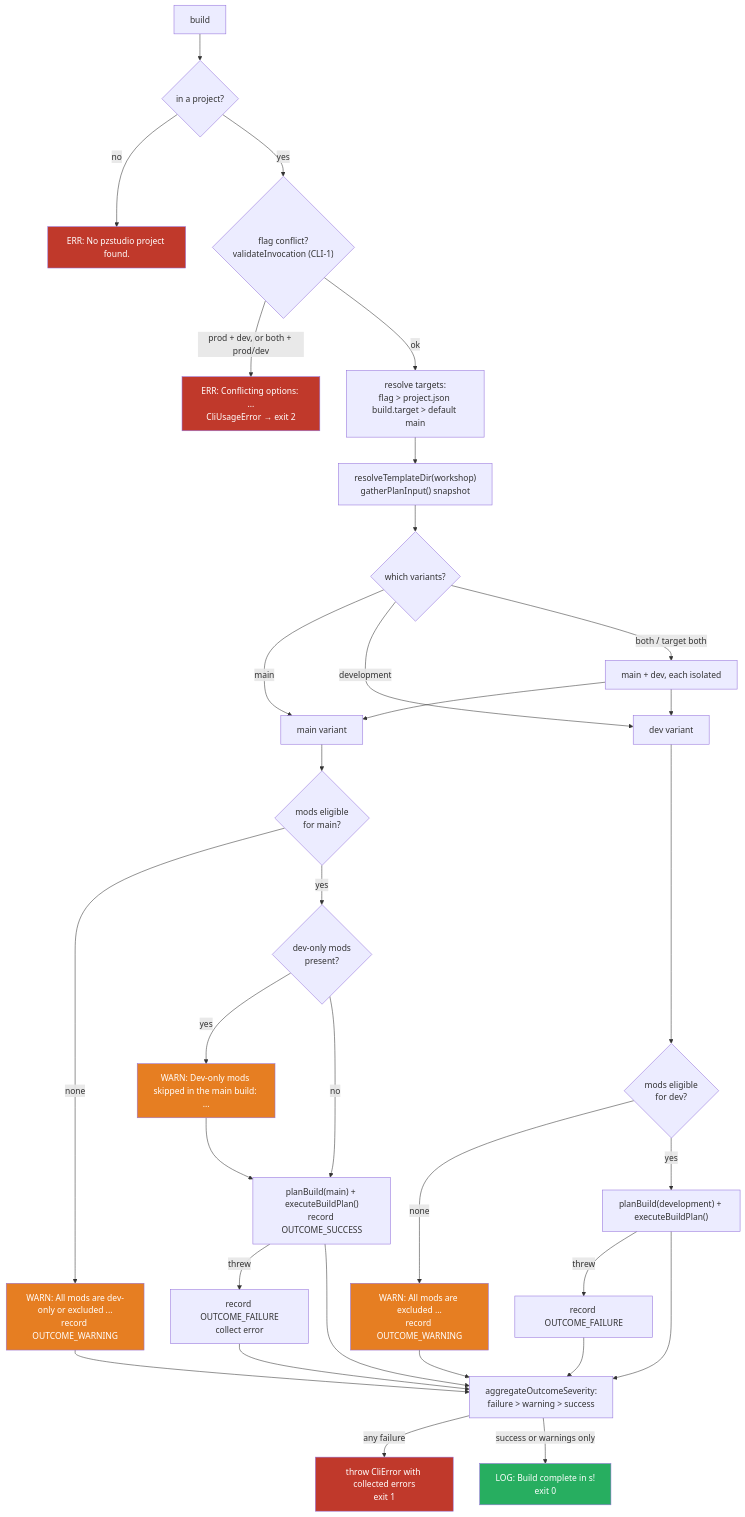
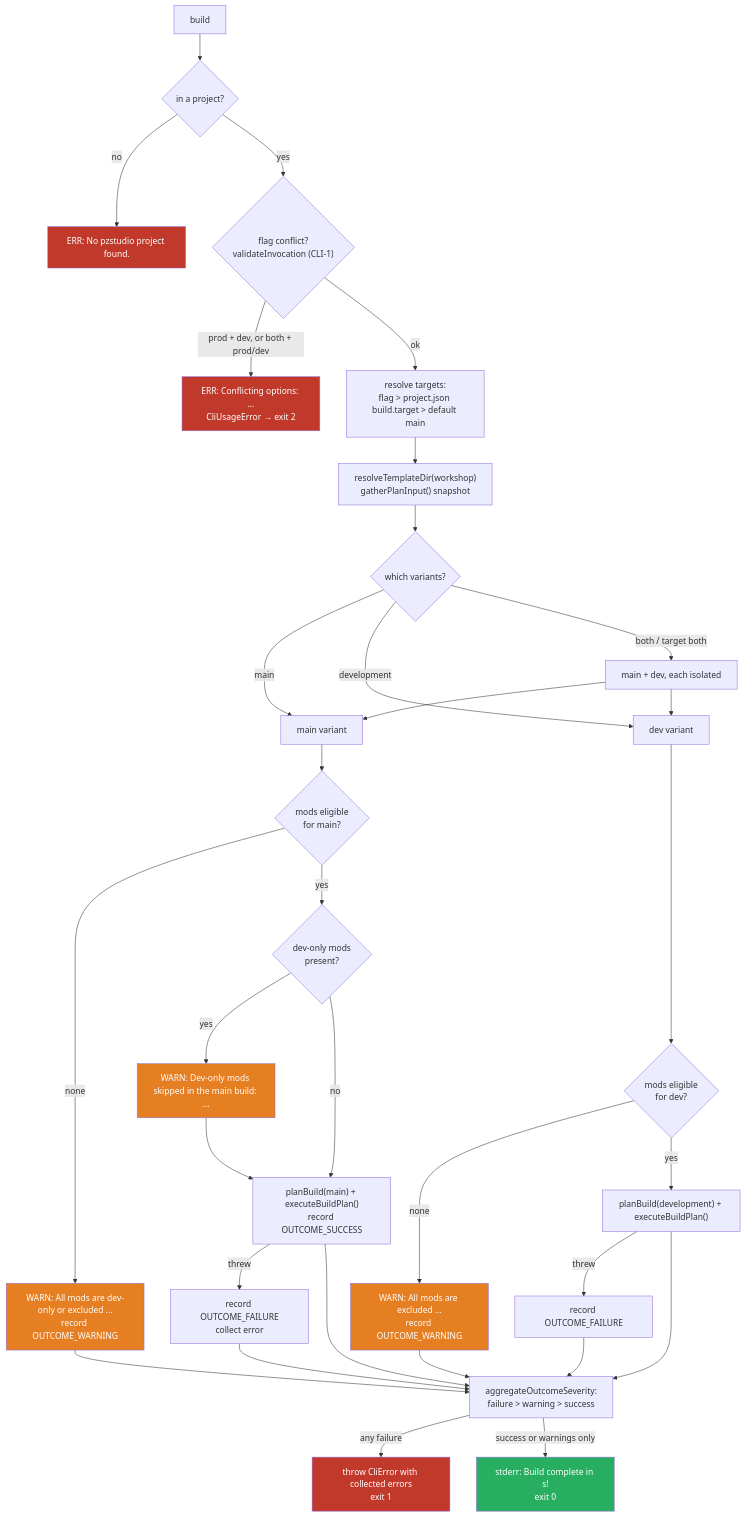
One commit to escapepz/pzstudio changed the third of 16 diagrams in docs/cli/04-commands.md. Above: the diagram before and after it, drawn with Mermaid. The commit also changed other lines of this file and 22 other files, not shown here.

````diff
--- a/docs/cli/04-commands.md
+++ b/docs/cli/04-commands.md
@@ -130,47 +138,47 @@
 ```mermaid
 flowchart TD
     A["build"] --> B{"in a project?"}
     B -- no --> ERR1["ERR: No pzstudio project found."]
     B -- yes --> C{"flag conflict?<br/>validateInvocation (CLI-1)"}
     C -- "prod + dev, or both + prod/dev" --> ERR2["ERR: Conflicting options: ...<br/>CliUsageError → exit 2"]
     C -- ok --> D["resolve targets:<br/>flag > project.json build.target > default main"]
     D --> E["resolveTemplateDir(workshop)<br/>gatherPlanInput() snapshot"]
     E --> V{"which variants?"}
 
     V -- "main" --> M["main variant"]
     V -- "development" --> DV["dev variant"]
     V -- "both / target both" --> BOTH["main + dev, each isolated"]
 
     M --> M1{"mods eligible<br/>for main?"}
     M1 -- none --> MW["WARN: All mods are dev-only or excluded ...<br/>record OUTCOME_WARNING"]
     M1 -- yes --> M2{"dev-only mods<br/>present?"}
     M2 -- yes --> MW2["WARN: Dev-only mods skipped in the main build: ..."]
     M2 -- no --> M3
     MW2 --> M3["planBuild(main) + executeBuildPlan()<br/>record OUTCOME_SUCCESS"]
     M3 -- threw --> COL["record OUTCOME_FAILURE<br/>collect error"]
     MW --> AGG
     COL --> AGG
     M3 --> AGG
 
     DV --> D2{"mods eligible<br/>for dev?"}
     D2 -- none --> DW["WARN: All mods are excluded ...<br/>record OUTCOME_WARNING"]
     D2 -- yes --> D3["planBuild(development) + executeBuildPlan()"]
     D3 -- threw --> COL2["record OUTCOME_FAILURE"]
     D3 --> AGG
     DW --> AGG
     COL2 --> AGG
 
     BOTH --> M
     BOTH --> DV
 
     AGG["aggregateOutcomeSeverity:<br/>failure > warning > success"] -- "any failure" --> ERR4["throw CliError with collected errors<br/>exit 1"]
-    AGG -- "success or warnings only" --> OK["LOG: Build complete in <n>s!<br/>exit 0"]
+    AGG -- "success or warnings only" --> OK["stderr: Build complete in <n>s!<br/>exit 0"]
 
     style ERR1 fill:#c0392b,color:#fff
     style ERR2 fill:#c0392b,color:#fff
     style ERR4 fill:#c0392b,color:#fff
     style OK fill:#27ae60,color:#fff
     style MW fill:#e67e22,color:#fff
     style MW2 fill:#e67e22,color:#fff
     style DW fill:#e67e22,color:#fff
 ```
````
